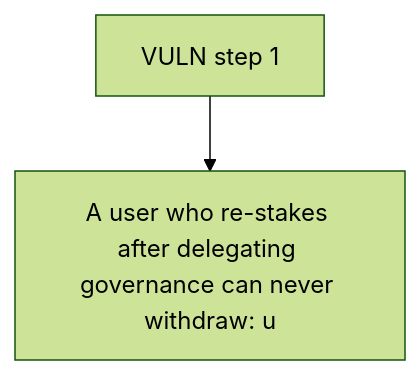
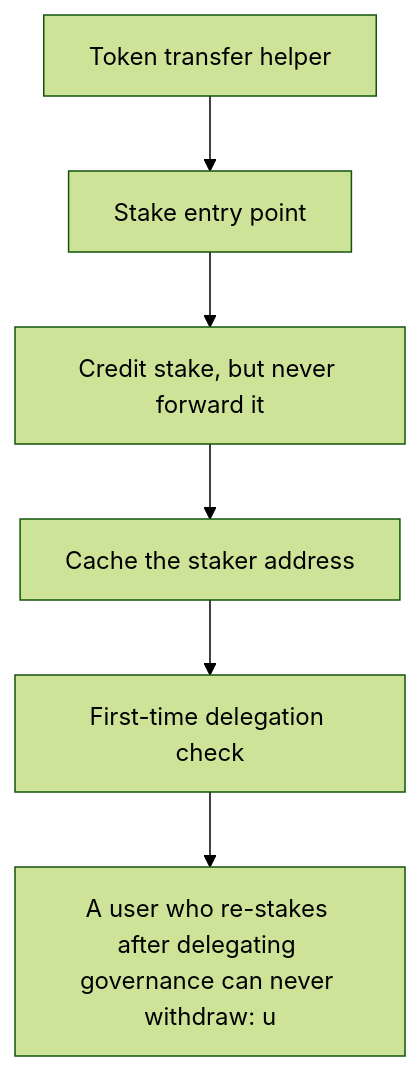
One commit to sanbir/evm-hack-registry changed the diagram in 63718-c-02-stakes-not-forwarded-post-delegation-positions-unwithdr_exp/63718-c-02-stakes-not-forwarded-post-delegation-positions-unwithdr_exp.md. Above: the diagram before and after it, drawn with Mermaid (forest theme). The commit also changed other lines of this file and 79 other files, not shown here.

````diff
--- a/63718-c-02-stakes-not-forwarded-post-delegation-positions-unwithdr_exp/63718-c-02-stakes-not-forwarded-post-delegation-positions-unwithdr_exp.md
+++ b/63718-c-02-stakes-not-forwarded-post-delegation-positions-unwithdr_exp/63718-c-02-stakes-not-forwarded-post-delegation-positions-unwithdr_exp.md
@@ -28,6 +28,14 @@
 ```mermaid
 flowchart TD
-  S0["VULN step 1"]
+  S0["Token transfer helper"]
+  S1["Stake entry point"]
+  S2["Credit stake, but never forward it"]
+  S3["Cache the staker address"]
+  S4["First-time delegation check"]
   H["A user who re-stakes after delegating governance can never withdraw: u"]
-  S0 --> H
+  S0 --> S1
+  S1 --> S2
+  S2 --> S3
+  S3 --> S4
+  S4 --> H
 ```
````
